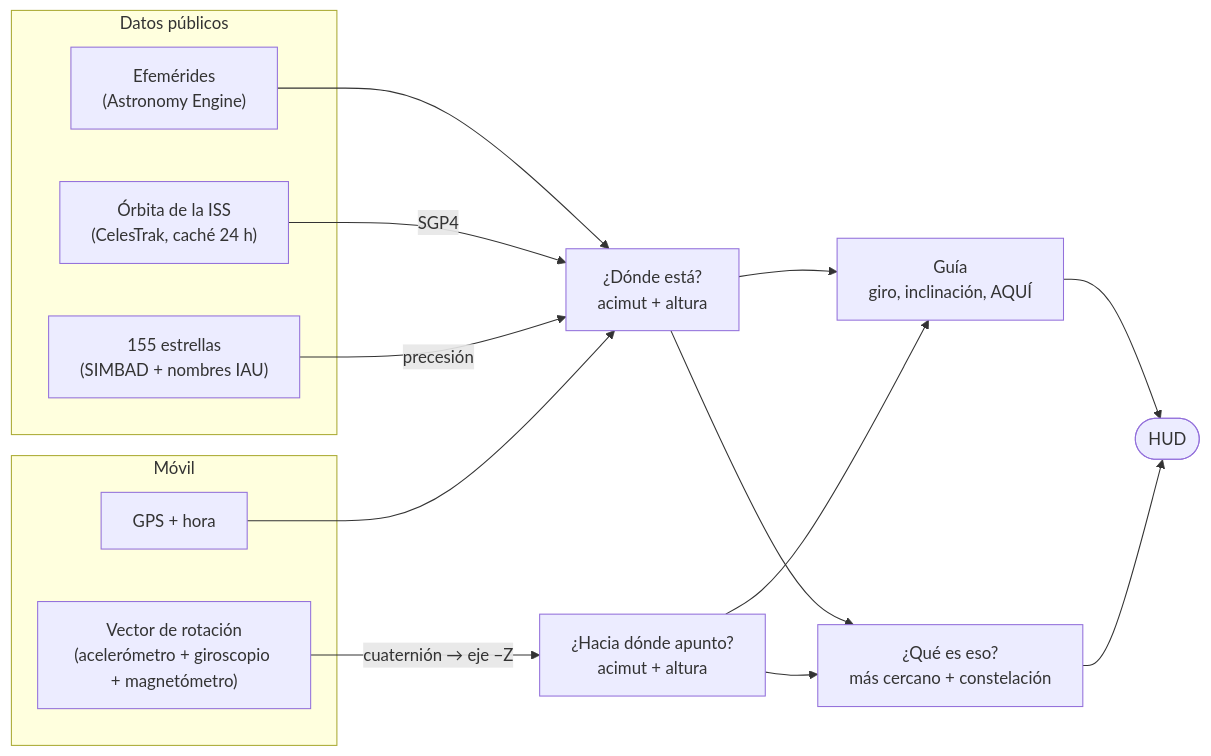
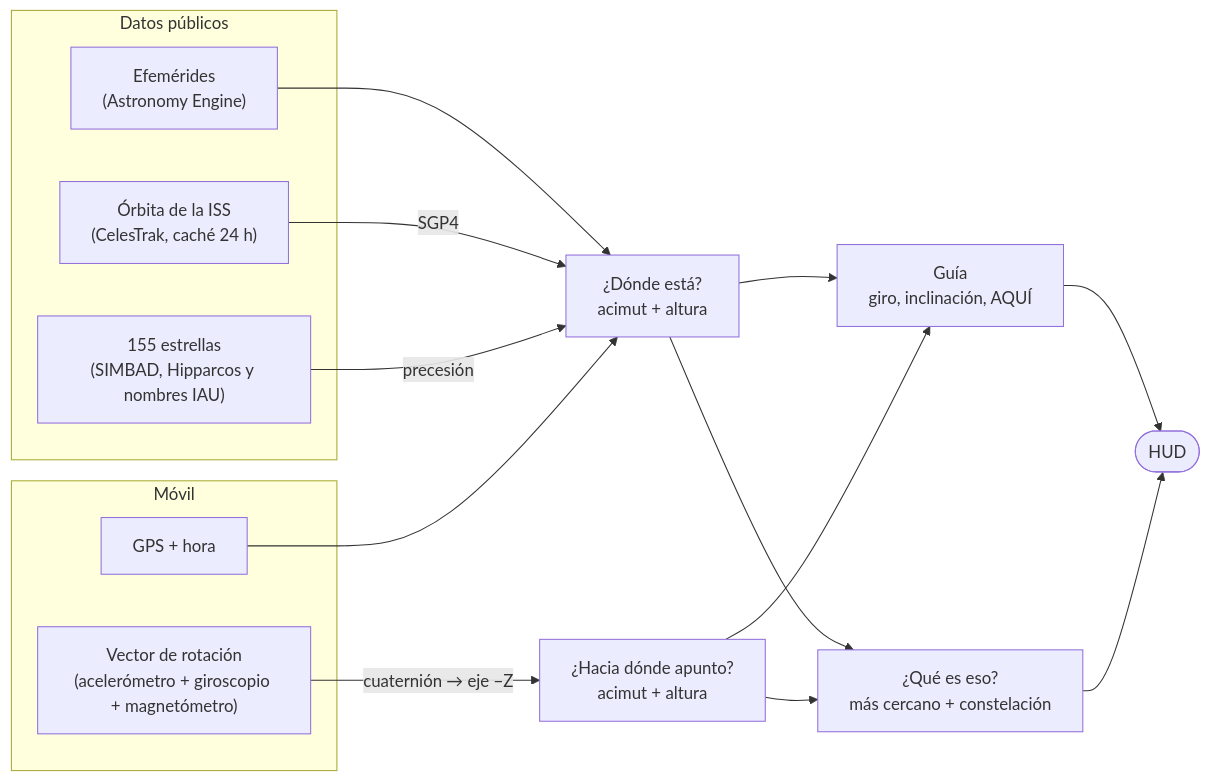
Before and after one commit to victorvalenciamunoz/CieloHud: the diagram in README.md, drawn with Mermaid. The commit also changed other lines of this file and 5 other files, not shown here.

````diff
--- a/README.md
+++ b/README.md
@@ -99,23 +100,23 @@
 ```mermaid
 flowchart LR
     subgraph Datos["Datos públicos"]
         AE["Efemérides<br/>(Astronomy Engine)"]
         TLE["Órbita de la ISS<br/>(CelesTrak, caché 24 h)"]
-        CAT["155 estrellas<br/>(SIMBAD + nombres IAU)"]
+        CAT["155 estrellas<br/>(SIMBAD, Hipparcos y nombres IAU)"]
     end
     subgraph Movil["Móvil"]
         GPS["GPS + hora"]
         ROT["Vector de rotación<br/>(acelerómetro + giroscopio + magnetómetro)"]
     end
     AE --> POS
     TLE -- SGP4 --> POS
     CAT -- precesión --> POS
     GPS --> POS["¿Dónde está?<br/>acimut + altura"]
     ROT -- cuaternión → eje −Z --> PTR["¿Hacia dónde apunto?<br/>acimut + altura"]
     POS --> G["Guía<br/>giro, inclinación, AQUÍ"]
     PTR --> G
     POS --> ID["¿Qué es eso?<br/>más cercano + constelación"]
     PTR --> ID
     G --> HUD(["HUD"])
     ID --> HUD
 ```
````
